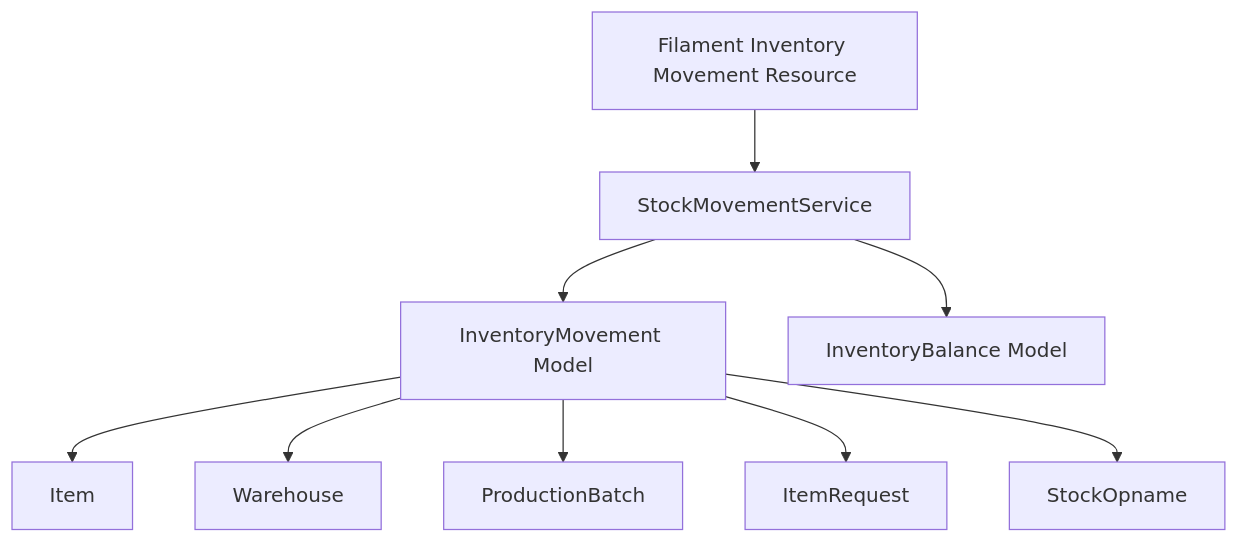
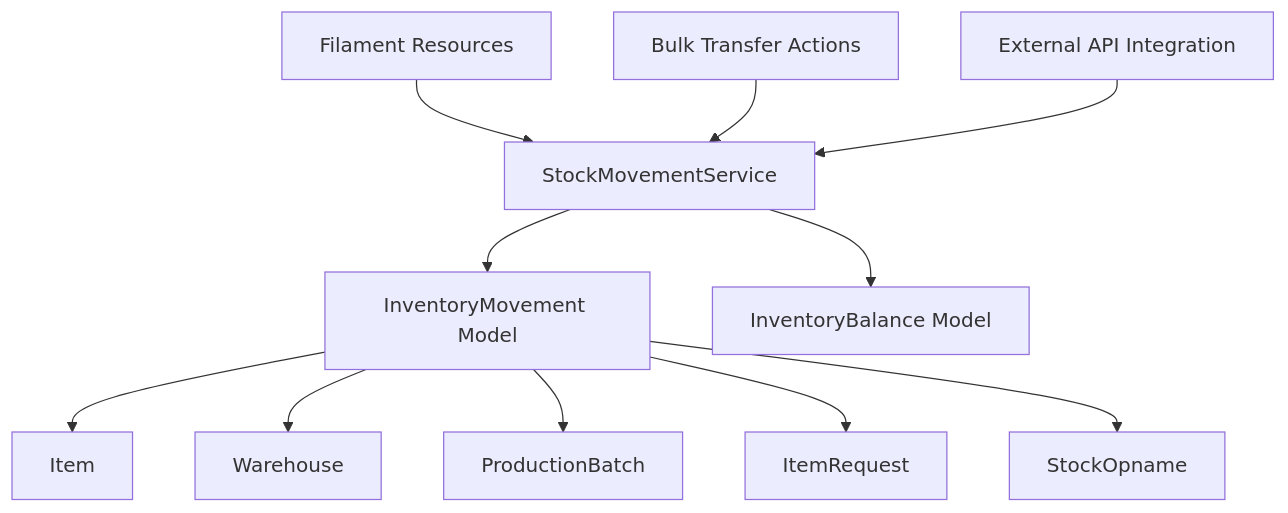
The first of 10 diagrams in .qoder/repowiki/en/content/Core Modules/Inventory Management/Inventory Movement Processing.md (Dikksap/laravel_RsvHelmet), drawn with Mermaid before and after one commit. The commit also changed other lines of this file and 129 other files, not shown here.

First line of the commit message:
Add Filament Admin Panel and Resources for RSV Helmet Warehouse Management Application

````diff
--- a/.qoder/repowiki/en/content/Core Modules/Inventory Management/Inventory Movement Processing.md
+++ b/.qoder/repowiki/en/content/Core Modules/Inventory Management/Inventory Movement Processing.md
@@ -41,11 +48,13 @@
 ```mermaid
 graph TB
-UI["Filament Inventory Movement Resource"] --> Service["StockMovementService"]
+UI["Filament Resources"] --> Service["StockMovementService"]
 Service --> Movement["InventoryMovement Model"]
 Service --> Balance["InventoryBalance Model"]
 Movement --> Item["Item"]
 Movement --> Warehouse["Warehouse"]
 Movement --> Batch["ProductionBatch"]
 Movement --> Request["ItemRequest"]
 Movement --> Opname["StockOpname"]
+BulkActions["Bulk Transfer Actions"] --> Service
+ExternalAPI["External API Integration"] --> Service
 ```
````
